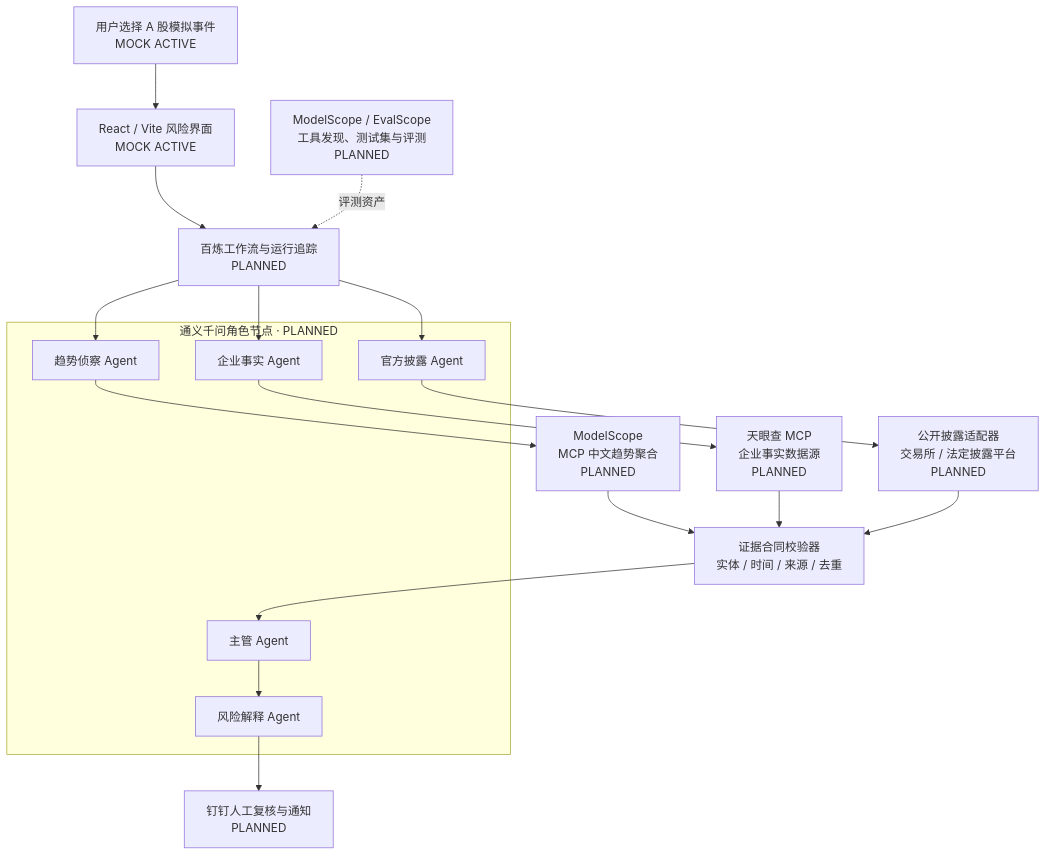
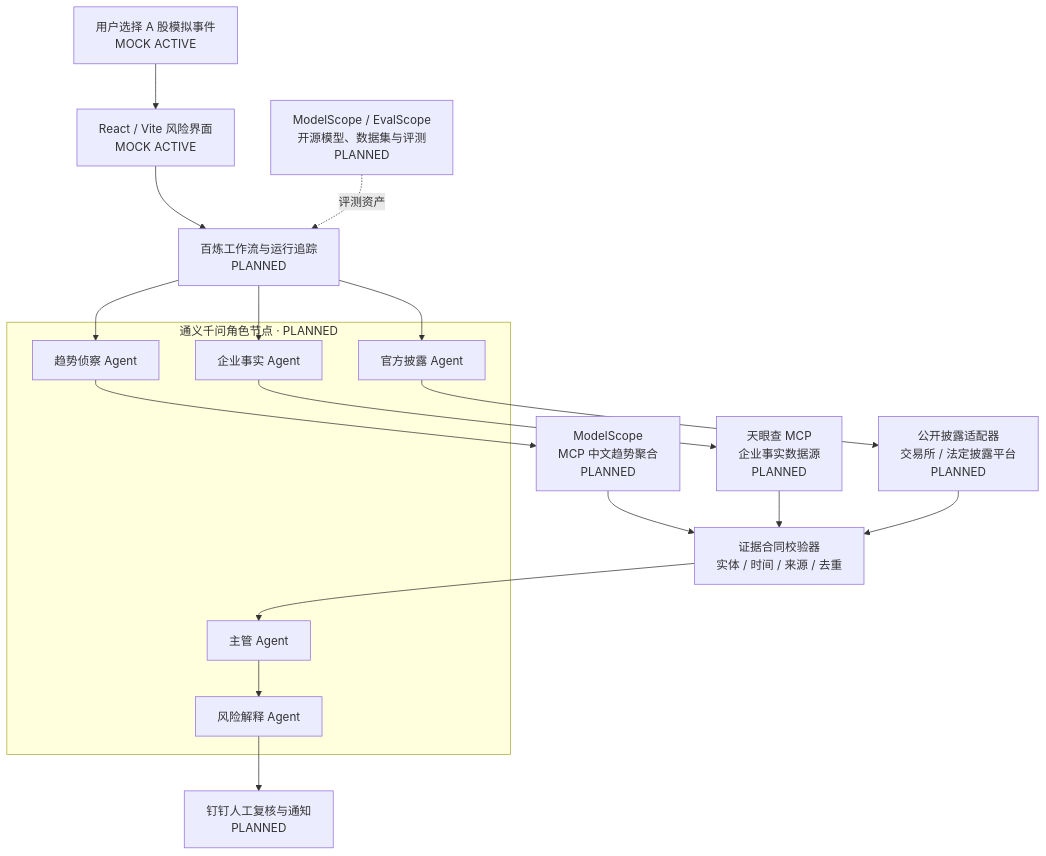
Before and after one commit to mungbean138516-jpg/orglab-sentinel: the diagram in docs/roadshow/05_ALIBABA_TECHNOLOGY_MAP.md, drawn with Mermaid. The commit also changed other lines of this file and 26 other files, not shown here.

````diff
--- a/docs/roadshow/05_ALIBABA_TECHNOLOGY_MAP.md
+++ b/docs/roadshow/05_ALIBABA_TECHNOLOGY_MAP.md
@@ -26,34 +26,34 @@
 ```mermaid
 flowchart TB
     U[用户选择 A 股模拟事件<br/>MOCK ACTIVE]
     UI[React / Vite 风险界面<br/>MOCK ACTIVE]
     BL[百炼工作流与运行追踪<br/>PLANNED]
 
     subgraph QW[通义千问角色节点 · PLANNED]
       TA[趋势侦察 Agent]
       CA[企业事实 Agent]
       DA[官方披露 Agent]
       SA[主管 Agent]
       RA[风险解释 Agent]
     end
 
     TH[ModelScope<br/>MCP 中文趋势聚合<br/>PLANNED]
     TYC[天眼查 MCP<br/>企业事实数据源<br/>PLANNED]
     DISC[公开披露适配器<br/>交易所 / 法定披露平台<br/>PLANNED]
     VAL[证据合同校验器<br/>实体 / 时间 / 来源 / 去重]
     DT[钉钉人工复核与通知<br/>PLANNED]
-    MS[ModelScope / EvalScope<br/>工具发现、测试集与评测<br/>PLANNED]
+    MS[ModelScope / EvalScope<br/>开源模型、数据集与评测<br/>PLANNED]
 
     U --> UI --> BL
     BL --> TA
     BL --> CA
     BL --> DA
     TA --> TH
     CA --> TYC
     DA --> DISC
     TH --> VAL
     TYC --> VAL
     DISC --> VAL
     VAL --> SA --> RA --> DT
     MS -. 评测资产 .-> BL
 ```
````
